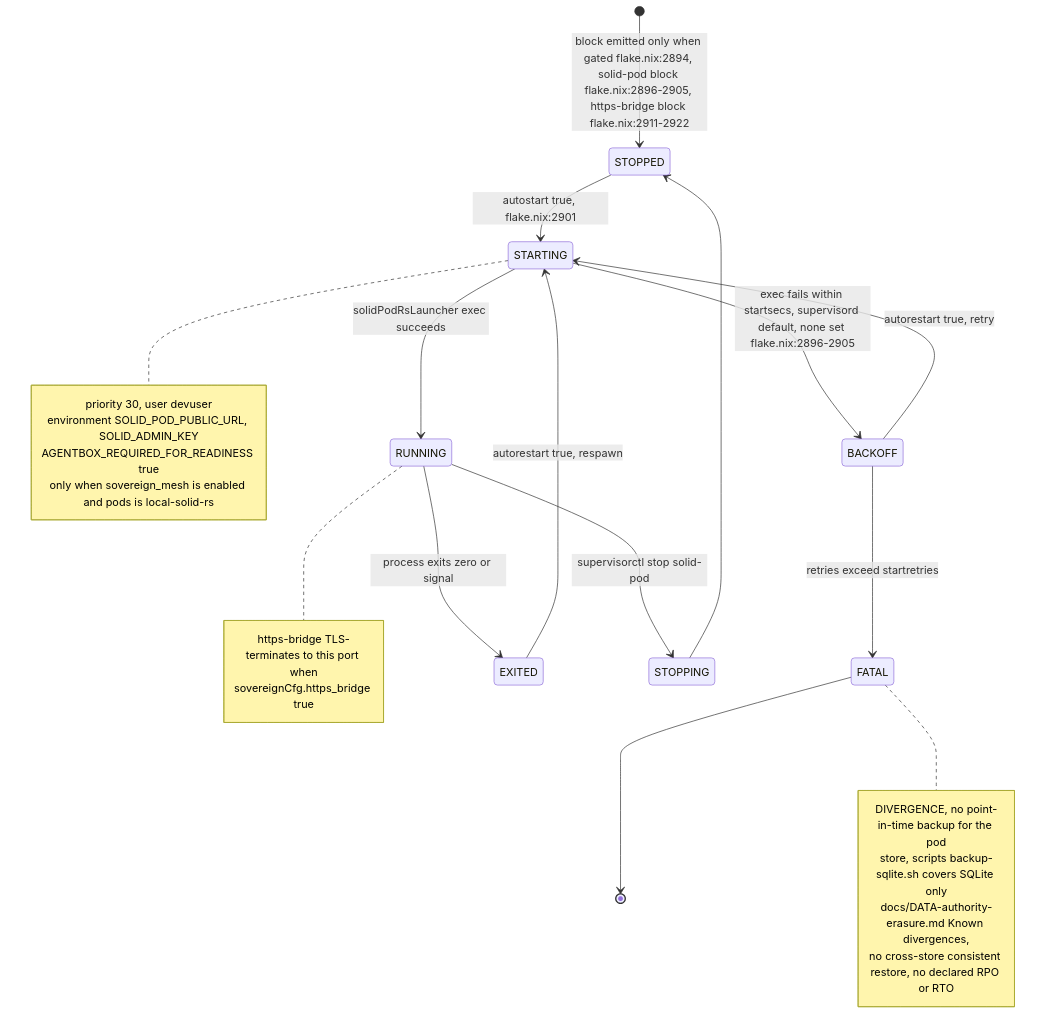
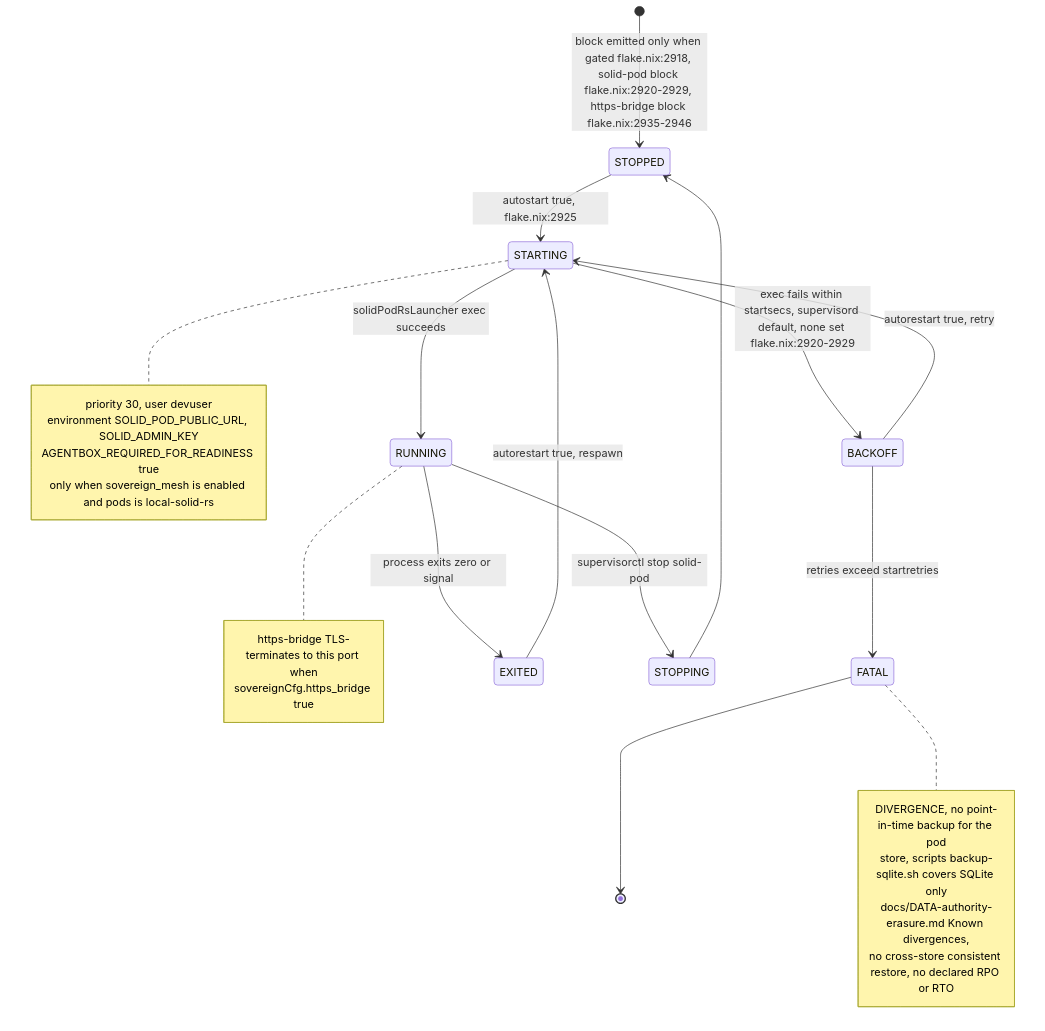
The eighth of 13 diagrams in docs/diagrams/estate/08-solid-pod-estate.md (DreamLab-AI/VisionFlow), drawn with Mermaid before and after one commit. The commit also changed other lines of this file and 5 other files, not shown here.

````diff
--- a/docs/diagrams/estate/08-solid-pod-estate.md
+++ b/docs/diagrams/estate/08-solid-pod-estate.md
@@ -414,18 +416,18 @@
 ```mermaid
 stateDiagram-v2
-    [*] --> STOPPED : block emitted only when gated flake.nix:2894, solid-pod block flake.nix:2896-2905, https-bridge block flake.nix:2911-2922
-    STOPPED --> STARTING : autostart true, flake.nix:2901
+    [*] --> STOPPED : block emitted only when gated flake.nix:2918, solid-pod block flake.nix:2920-2929, https-bridge block flake.nix:2935-2946
+    STOPPED --> STARTING : autostart true, flake.nix:2925
     STARTING --> RUNNING : solidPodRsLauncher exec succeeds
-    STARTING --> BACKOFF : exec fails within startsecs, supervisord default, none set flake.nix:2896-2905
+    STARTING --> BACKOFF : exec fails within startsecs, supervisord default, none set flake.nix:2920-2929
     BACKOFF --> STARTING : autorestart true, retry
     BACKOFF --> FATAL : retries exceed startretries
     RUNNING --> EXITED : process exits zero or signal
     RUNNING --> STOPPING : supervisorctl stop solid-pod
     EXITED --> STARTING : autorestart true, respawn
     STOPPING --> STOPPED
     FATAL --> [*]
 
     note right of STARTING : priority 30, user devuser<br/>environment SOLID_POD_PUBLIC_URL, SOLID_ADMIN_KEY<br/>AGENTBOX_REQUIRED_FOR_READINESS true<br/>only when sovereign_mesh is enabled and pods is local-solid-rs
     note right of RUNNING : https-bridge TLS-terminates to this port when<br/>sovereignCfg.https_bridge true
     note right of FATAL : DIVERGENCE, no point-in-time backup for the pod<br/>store, scripts backup-sqlite.sh covers SQLite only<br/>docs/DATA-authority-erasure.md Known divergences,<br/>no cross-store consistent restore, no declared RPO or RTO
 ```
````
